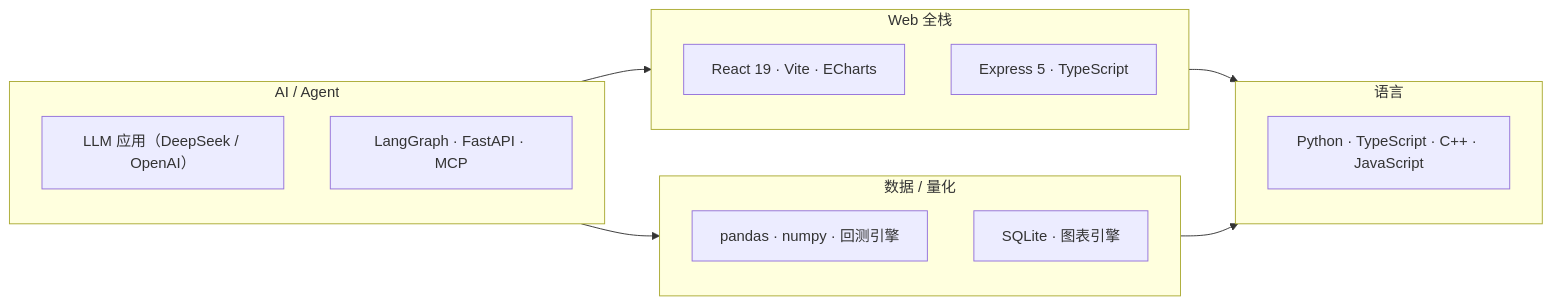
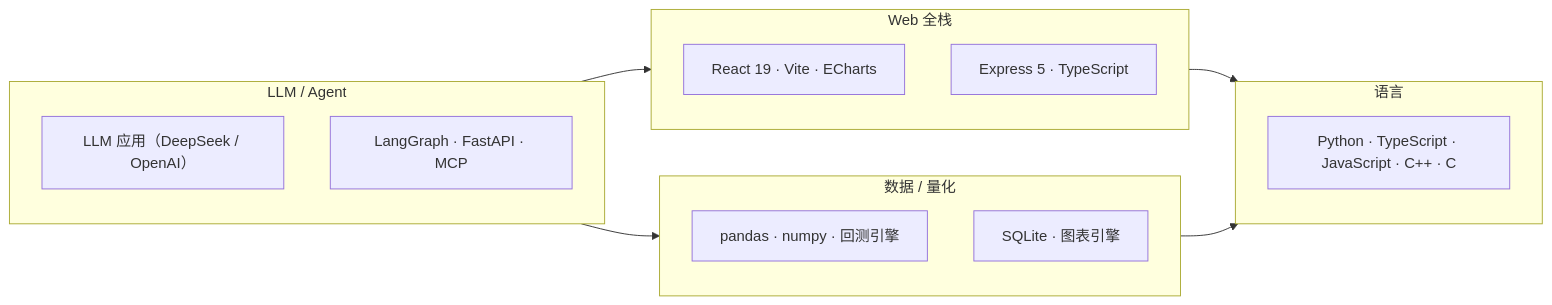
The diagram in README.md (xiaomaozjj666/xiaomaozjj666), drawn with Mermaid before and after one commit. The commit also changed other lines of this file, not shown here.

Commit message:
docs: 主页校正——列全 11 个公开仓库、修正统计与语言覆盖、统一 LLM 口径

````diff
--- a/README.md
+++ b/README.md
@@ -29,22 +43,22 @@
 ```mermaid
 flowchart LR
-    subgraph AI["AI / Agent"]
+    subgraph AGENT["LLM / Agent"]
         A1["LLM 应用（DeepSeek / OpenAI）"]
         A2["LangGraph · FastAPI · MCP"]
     end
     subgraph WEB["Web 全栈"]
         W1["React 19 · Vite · ECharts"]
         W2["Express 5 · TypeScript"]
     end
     subgraph DATA["数据 / 量化"]
         D1["pandas · numpy · 回测引擎"]
         D2["SQLite · 图表引擎"]
     end
     subgraph LANG["语言"]
-        L1["Python · TypeScript · C++ · JavaScript"]
+        L1["Python · TypeScript · JavaScript · C++ · C"]
     end
-    AI --> WEB
-    AI --> DATA
+    AGENT --> WEB
+    AGENT --> DATA
     WEB --> LANG
     DATA --> LANG
 ```
````
